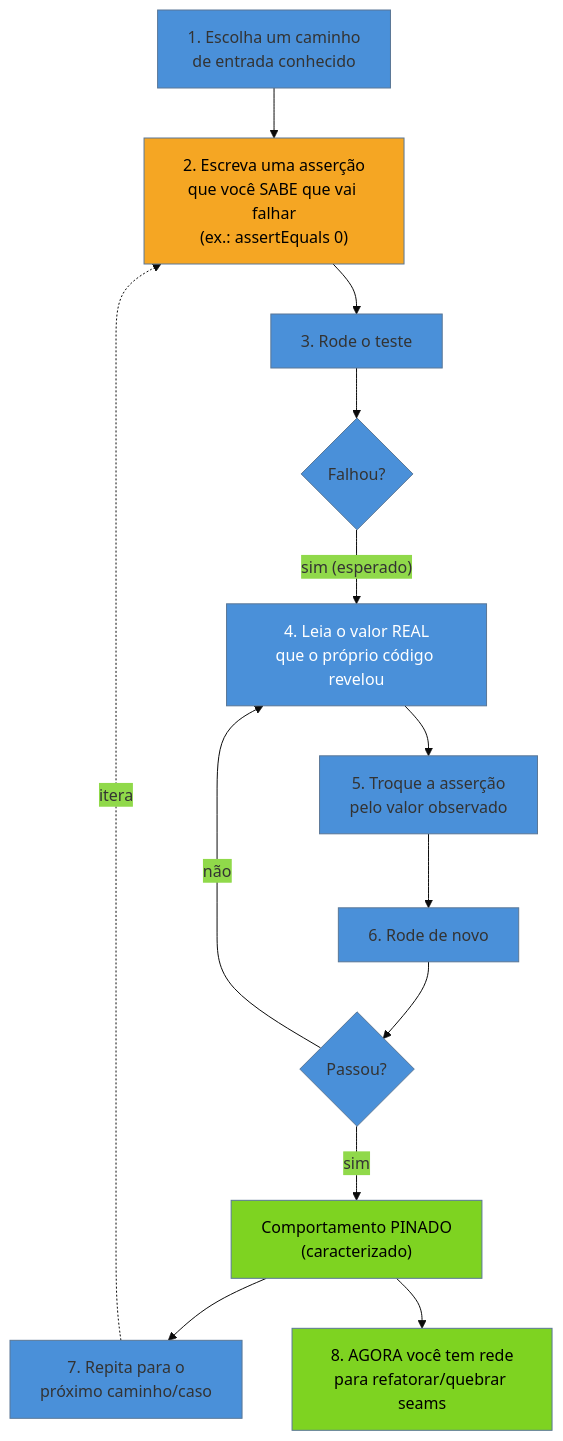
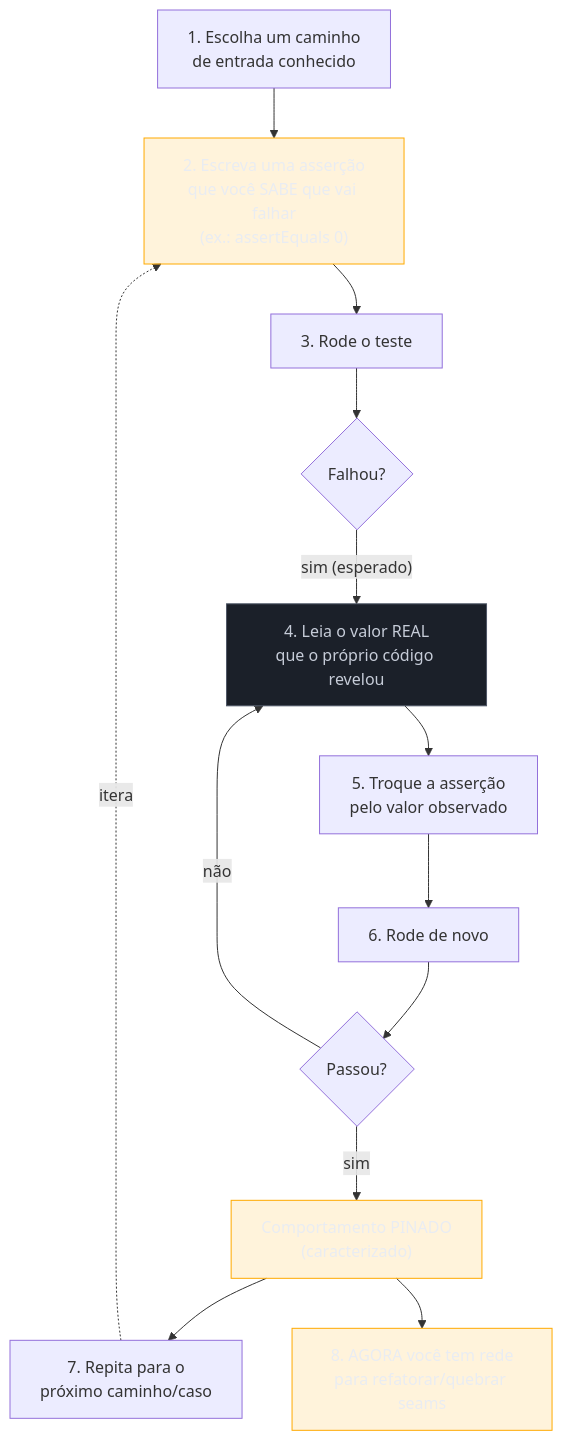
One commit to josenaldo/codex-technomanticus changed the diagram in 03-Dominios/Engenharia/Arqueologia e Restauração de Software/10 - A rede de segurança primeiro.md. Above: the diagram before and after it, drawn with Mermaid. The commit also changed 1181 other files, not shown here.

First line of the commit message:
fix(diagramas): paleta do sistema no lugar de cor cravada no markdown

````diff
--- a/03-Dominios/Engenharia/Arqueologia e Restauração de Software/10 - A rede de segurança primeiro.md
+++ b/03-Dominios/Engenharia/Arqueologia e Restauração de Software/10 - A rede de segurança primeiro.md
@@ -49,20 +49,21 @@
 ```mermaid
-%%{init: {"theme": "base", "themeVariables": {"primaryColor": "#4A90D9"}}}%%
 graph TD
+    classDef destaque fill:#FFAA0024,stroke:#FFAA00,color:#E9ECF2
+    classDef neutro fill:#1B2029,stroke:#4E5666,color:#C6CCD8
     A["1. Escolha um caminho<br/>de entrada conhecido"] --> B["2. Escreva uma asserção<br/>que você SABE que vai falhar<br/>(ex.: assertEquals 0)"]
     B --> C["3. Rode o teste"]
     C --> D{"Falhou?"}
     D -->|"sim (esperado)"| E["4. Leia o valor REAL<br/>que o próprio código revelou"]
     E --> F["5. Troque a asserção<br/>pelo valor observado"]
     F --> G["6. Rode de novo"]
     G --> H{"Passou?"}
     H -->|"sim"| I["Comportamento PINADO<br/>(caracterizado)"]
     H -->|"não"| E
     I --> J["7. Repita para o<br/>próximo caminho/caso"]
     J -.itera.-> B
     I --> K["8. AGORA você tem rede<br/>para refatorar/quebrar seams"]
-    style B fill:#F5A623,color:#000
-    style E fill:#4A90D9,color:#fff
-    style I fill:#7ED321,color:#000
-    style K fill:#7ED321,color:#000
+    class B destaque
+    class E neutro
+    class I destaque
+    class K destaque
 ```
````
